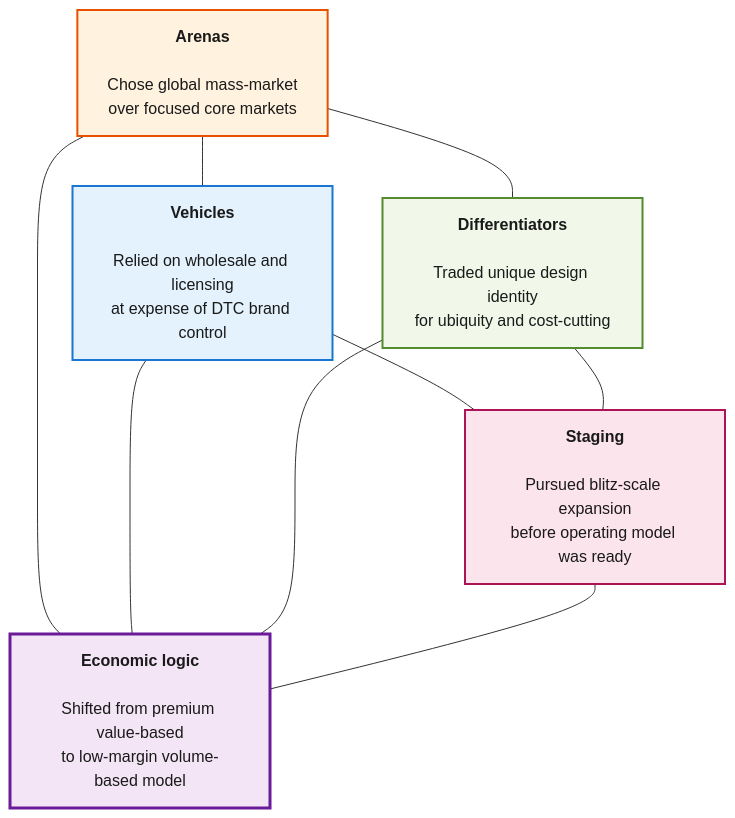
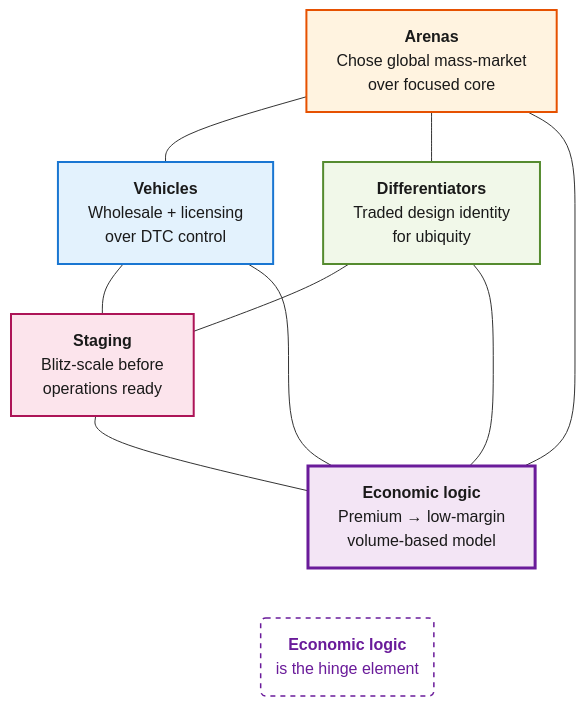
One commit to alekslupa/alekslupa.github.io changed the first of 2 diagrams in academic-projects/superdry.qmd. Above: the diagram before and after it, drawn with Mermaid. The commit also changed other lines of this file and 1 other file, not shown here.

Commit message:
Fix Strategy Diamond and Roadmap Mermaid diagrams to match reference screenshots

````diff
--- a/academic-projects/superdry.qmd
+++ b/academic-projects/superdry.qmd
@@ -402,25 +402,32 @@
 ```{mermaid}
 %%| label: fig-strategy-diamond
 %%| fig-cap: "Strategy Diamond applied to Superdry's historical strategy. Each element traded away its original strength, and the elements ceased to reinforce each other."
+%%{init: {'securityLevel': 'loose'}}%%
 flowchart TD
-    A[<b>Arenas</b><br/><br/>Chose global mass-market<br/>over focused core markets]
-    B[<b>Vehicles</b><br/><br/>Relied on wholesale and licensing<br/>at expense of DTC brand control]
-    C[<b>Differentiators</b><br/><br/>Traded unique design identity<br/>for ubiquity and cost-cutting]
-    D[<b>Staging</b><br/><br/>Pursued blitz-scale expansion<br/>before operating model was ready]
-    E[<b>Economic logic</b><br/><br/>Shifted from premium value-based<br/>to low-margin volume-based model]
+    A["<b>Arenas</b><br/>Chose global mass-market<br/>over focused core"]
+    B["<b>Vehicles</b><br/>Wholesale + licensing<br/>over DTC control"]
+    C["<b>Differentiators</b><br/>Traded design identity<br/>for ubiquity"]
+    D["<b>Staging</b><br/>Blitz-scale before<br/>operations ready"]
+    E["<b>Economic logic</b><br/>Premium → low-margin<br/>volume-based model"]
+    F("<b>Economic logic</b><br/>is the hinge element")
 
     A --- B
     A --- C
     A --- E
     B --- D
     B --- E
     C --- D
     C --- E
     D --- E
+    D --- F
+    E --- F
 
     style A fill:#fff3e0,stroke:#e65100,color:#1a1a1a,stroke-width:2px
     style B fill:#e3f2fd,stroke:#1976d2,color:#1a1a1a,stroke-width:2px
     style C fill:#f1f8e9,stroke:#558b2f,color:#1a1a1a,stroke-width:2px
     style D fill:#fce4ec,stroke:#ad1457,color:#1a1a1a,stroke-width:2px
     style E fill:#f3e5f5,stroke:#6a1b9a,color:#1a1a1a,stroke-width:3px
+    style F fill:#ffffff,stroke:#6a1b9a,color:#6a1b9a,stroke-width:1.5px,stroke-dasharray:5 5
+    linkStyle 8 stroke:none
+    linkStyle 9 stroke:none
 ```
````
